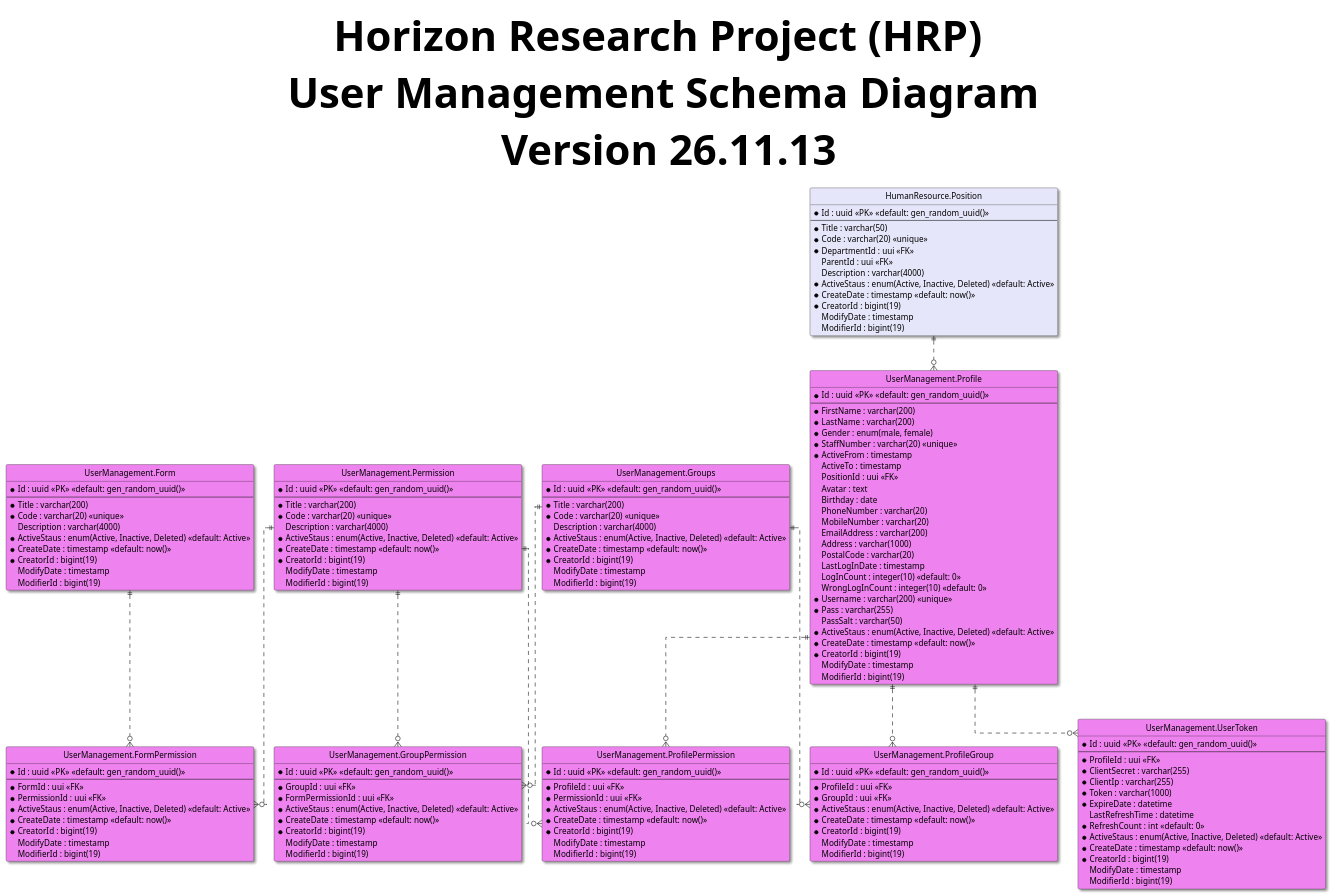
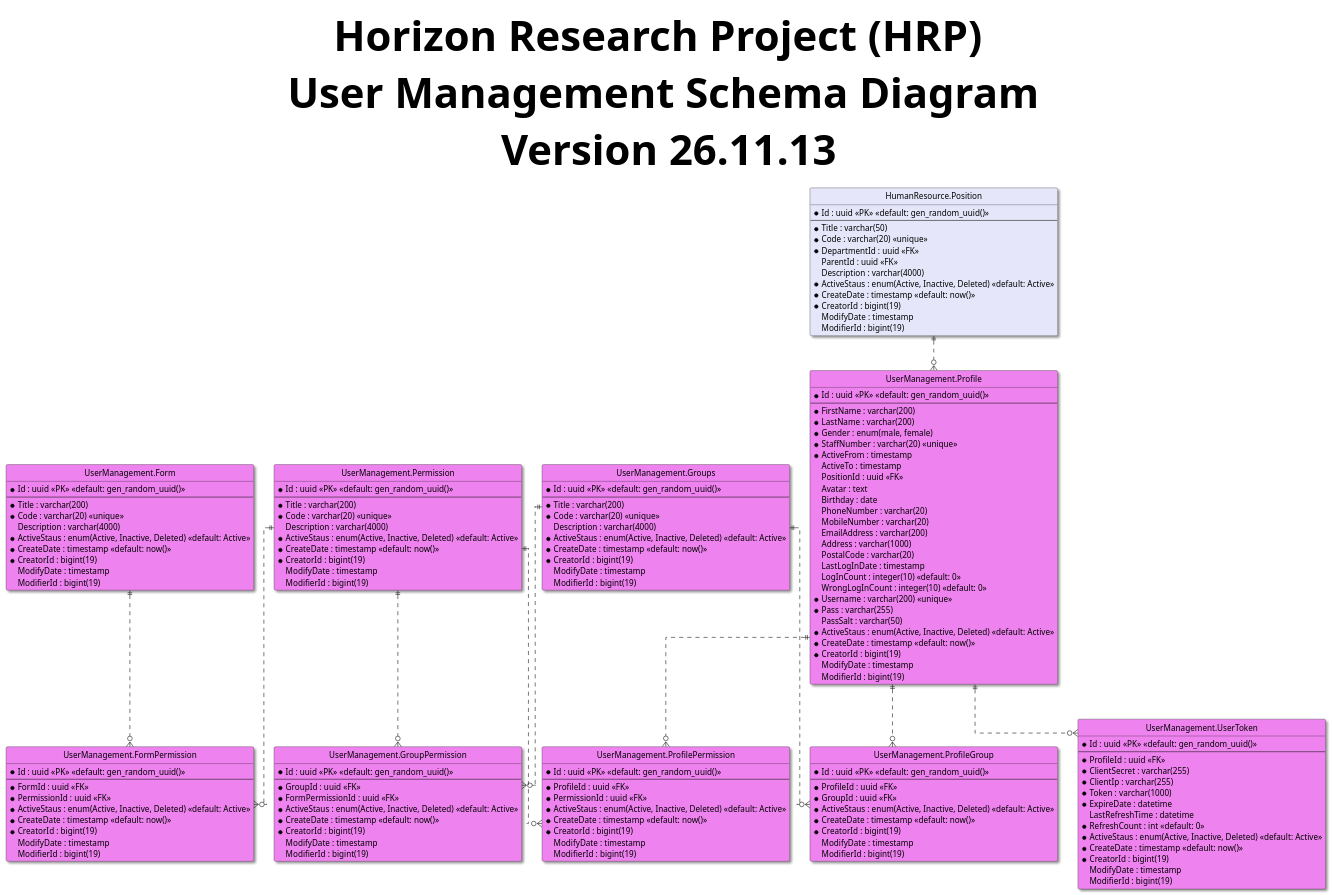
One commit to shadowfox1984/Horizon changed the diagram in 2-HorizonModeling/2.3-HorizonUml/ERD/Schemas/UserManagementSchemaDiagram.puml. Above: the diagram before and after it, drawn with PlantUML. The commit also changed 16 other files, not shown here.

```diff
--- a/2-HorizonModeling/2.3-HorizonUml/ERD/Schemas/UserManagementSchemaDiagram.puml
+++ b/2-HorizonModeling/2.3-HorizonUml/ERD/Schemas/UserManagementSchemaDiagram.puml
@@ -1,170 +1,170 @@
 @startuml
 hide circle
 skinparam classBackgroundColor #Business
 skinparam linetype ortho
 skinparam Shadowing True
 skinparam TitleFontSize 72pt
 
 title Horizon Research Project (HRP) \n User Management Schema Diagram \n Version 26.11.13
 
 entity "HumanResource.Position" as position #Lavender{
   *Id : uuid <<PK>> <<default: gen_random_uuid()>>
   --
   *Title : varchar(50)
   *Code : varchar(20) <<unique>>
-  *DepartmentId : uui <<FK>>
-  ParentId : uui <<FK>>
+  *DepartmentId : uuid <<FK>>
+  ParentId : uuid <<FK>>
   Description : varchar(4000)
   *ActiveStaus : enum(Active, Inactive, Deleted) <<default: Active>>
   *CreateDate : timestamp <<default: now()>>
   *CreatorId : bigint(19)
   ModifyDate : timestamp
   ModifierId : bigint(19)
 }
 
 entity "UserManagement.Groups" as groups #Violet{
   *Id : uuid <<PK>> <<default: gen_random_uuid()>>
   --
   *Title : varchar(200)
   *Code : varchar(20) <<unique>>
   Description : varchar(4000)
   *ActiveStaus : enum(Active, Inactive, Deleted) <<default: Active>>
   *CreateDate : timestamp <<default: now()>>
   *CreatorId : bigint(19)
   ModifyDate : timestamp
   ModifierId : bigint(19)
 }
 
 entity "UserManagement.Permission" as permission #Violet{
   *Id : uuid <<PK>> <<default: gen_random_uuid()>>
   --
   *Title : varchar(200)
   *Code : varchar(20) <<unique>>
   Description : varchar(4000)
   *ActiveStaus : enum(Active, Inactive, Deleted) <<default: Active>>
   *CreateDate : timestamp <<default: now()>>
   *CreatorId : bigint(19)
   ModifyDate : timestamp
   ModifierId : bigint(19)
 }
 
 entity "UserManagement.Form" as form #Violet{
   *Id : uuid <<PK>> <<default: gen_random_uuid()>>
   --
   *Title : varchar(200)
   *Code : varchar(20) <<unique>>
   Description : varchar(4000)
   *ActiveStaus : enum(Active, Inactive, Deleted) <<default: Active>>
   *CreateDate : timestamp <<default: now()>>
   *CreatorId : bigint(19)
   ModifyDate : timestamp
   ModifierId : bigint(19)
 }
 
 entity "UserManagement.FormPermission" as formPermission #Violet{
   *Id : uuid <<PK>> <<default: gen_random_uuid()>>
   --
-  *FormId : uui <<FK>>
-  *PermissionId : uui <<FK>>
+  *FormId : uuid <<FK>>
+  *PermissionId : uuid <<FK>>
   *ActiveStaus : enum(Active, Inactive, Deleted) <<default: Active>>
   *CreateDate : timestamp <<default: now()>>
   *CreatorId : bigint(19)
   ModifyDate : timestamp
   ModifierId : bigint(19)
 }
 
 entity "UserManagement.GroupPermission" as groupPermission #Violet{
   *Id : uuid <<PK>> <<default: gen_random_uuid()>>
   --
-  *GroupId : uui <<FK>>
-  *FormPermissionId : uui <<FK>>
+  *GroupId : uuid <<FK>>
+  *FormPermissionId : uuid <<FK>>
   *ActiveStaus : enum(Active, Inactive, Deleted) <<default: Active>>
   *CreateDate : timestamp <<default: now()>>
   *CreatorId : bigint(19)
   ModifyDate : timestamp
   ModifierId : bigint(19)
 }
 
 entity "UserManagement.ProfilePermission" as profilePermission #Violet{
   *Id : uuid <<PK>> <<default: gen_random_uuid()>>
   --
-  *ProfileId : uui <<FK>>
-  *PermissionId : uui <<FK>>
+  *ProfileId : uuid <<FK>>
+  *PermissionId : uuid <<FK>>
   *ActiveStaus : enum(Active, Inactive, Deleted) <<default: Active>>
   *CreateDate : timestamp <<default: now()>>
   *CreatorId : bigint(19)
   ModifyDate : timestamp
   ModifierId : bigint(19)
 }
 
 entity "UserManagement.Profile" as profile #Violet{
   *Id : uuid <<PK>> <<default: gen_random_uuid()>>
   --
   *FirstName : varchar(200)
   *LastName : varchar(200)
   *Gender : enum(male, female)
   *StaffNumber : varchar(20) <<unique>>
   *ActiveFrom : timestamp
   ActiveTo : timestamp
-  PositionId : uui <<FK>>
+  PositionId : uuid <<FK>>
   Avatar : text
   Birthday : date
   PhoneNumber : varchar(20)
   MobileNumber : varchar(20)
   EmailAddress : varchar(200)
   Address : varchar(1000)
   PostalCode : varchar(20)
   LastLogInDate : timestamp
   LogInCount : integer(10) <<default: 0>>
   WrongLogInCount : integer(10) <<default: 0>>
   *Username : varchar(200) <<unique>>
   *Pass : varchar(255)
   PassSalt : varchar(50)
   *ActiveStaus : enum(Active, Inactive, Deleted) <<default: Active>>
   *CreateDate : timestamp <<default: now()>>
   *CreatorId : bigint(19)
   ModifyDate : timestamp
   ModifierId : bigint(19)
 }
 
 entity "UserManagement.UserToken" as userToken #Violet{
   *Id : uuid <<PK>> <<default: gen_random_uuid()>>
   --
-  *ProfileId : uui <<FK>>
+  *ProfileId : uuid <<FK>>
   *ClientSecret : varchar(255)
   *ClientIp : varchar(255)
   *Token : varchar(1000)
   *ExpireDate : datetime 
   LastRefreshTime : datetime
   *RefreshCount : int <<default: 0>>
   *ActiveStaus : enum(Active, Inactive, Deleted) <<default: Active>>
   *CreateDate : timestamp <<default: now()>>
   *CreatorId : bigint(19)
   ModifyDate : timestamp
   ModifierId : bigint(19)
 }
 
 entity "UserManagement.ProfileGroup" as profileGroup #Violet{
   *Id : uuid <<PK>> <<default: gen_random_uuid()>>
   --
-  *ProfileId : uui <<FK>>
-  *GroupId : uui <<FK>>
+  *ProfileId : uuid <<FK>>
+  *GroupId : uuid <<FK>>
   *ActiveStaus : enum(Active, Inactive, Deleted) <<default: Active>>
   *CreateDate : timestamp <<default: now()>>
   *CreatorId : bigint(19)
   ModifyDate : timestamp
   ModifierId : bigint(19)
 }
 
 form ||..o{ formPermission
 permission ||..o{ formPermission
 groups ||..o{ groupPermission
 permission ||..o{ groupPermission
 profile ||..o{ profilePermission
 permission ||..o{ profilePermission
 profile ||..o{ profileGroup
 groups ||..o{ profileGroup
 position ||..o{ profile
 profile ||..o{ userToken
 
 @enduml
```
